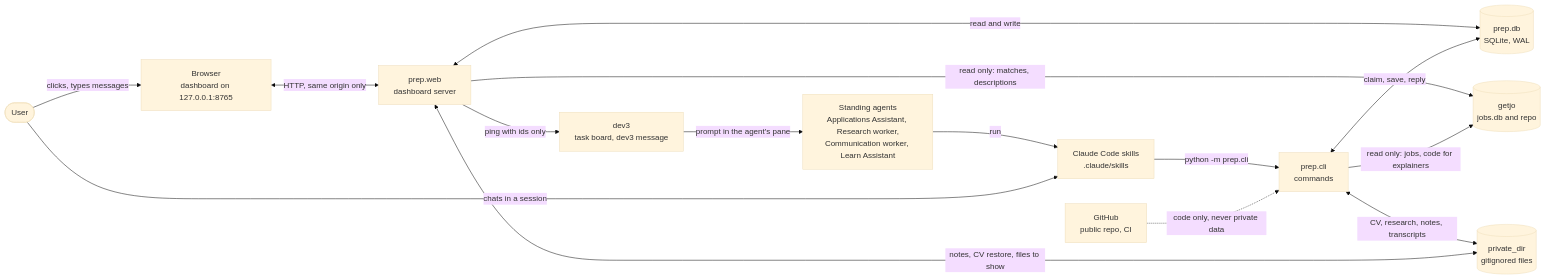
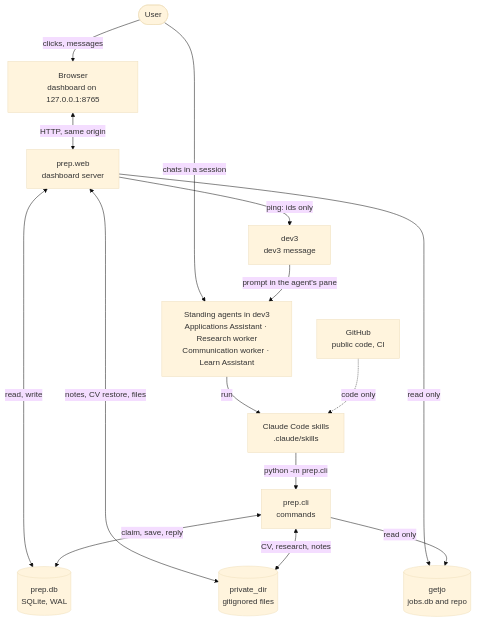
The first of 9 diagrams in docs/how-it-works.md (Pavlana/hirey), drawn with Mermaid (base theme) before and after one commit. The commit also changed other lines of this file, not shown here.

Commit message:
Docs: top-down overview diagrams so they read at GitHub's width

````diff
--- a/docs/how-it-works.md
+++ b/docs/how-it-works.md
@@ -39,29 +39,29 @@
 ```mermaid
-flowchart LR
+flowchart TD
     user(["User"])
     browser["Browser<br/>dashboard on 127.0.0.1:8765"]
     web["prep.web<br/>dashboard server"]
+    dev3["dev3<br/>dev3 message"]
+    agents["Standing agents in dev3<br/>Applications Assistant · Research worker<br/>Communication worker · Learn Assistant"]
+    skills["Claude Code skills<br/>.claude/skills"]
     cli["prep.cli<br/>commands"]
     db[("prep.db<br/>SQLite, WAL")]
     priv[("private_dir<br/>gitignored files")]
     getjo[("getjo<br/>jobs.db and repo")]
-    dev3["dev3<br/>task board, dev3 message"]
-    agents["Standing agents<br/>Applications Assistant, Research worker,<br/>Communication worker, Learn Assistant"]
-    skills["Claude Code skills<br/>.claude/skills"]
-    gh["GitHub<br/>public repo, CI"]
+    gh["GitHub<br/>public code, CI"]
 
-    user -->|"clicks, types messages"| browser
-    browser <-->|"HTTP, same origin only"| web
-    web <-->|"read and write"| db
-    web -->|"read only: matches, descriptions"| getjo
-    web -->|"ping with ids only"| dev3
+    user -->|"clicks, messages"| browser
+    user -->|"chats in a session"| agents
+    browser <-->|"HTTP, same origin"| web
+    web -->|"ping: ids only"| dev3
     dev3 -->|"prompt in the agent's pane"| agents
     agents -->|"run"| skills
     skills -->|"python -m prep.cli"| cli
+    web <-->|"read, write"| db
     cli <-->|"claim, save, reply"| db
-    cli <-->|"CV, research, notes, transcripts"| priv
-    cli -->|"read only: jobs, code for explainers"| getjo
-    web <-->|"notes, CV restore, files to show"| priv
-    user -->|"chats in a session"| skills
-    gh -.->|"code only, never private data"| cli
+    web <-->|"notes, CV restore, files"| priv
+    cli <-->|"CV, research, notes"| priv
+    web -->|"read only"| getjo
+    cli -->|"read only"| getjo
+    gh -.->|"code only"| skills
 ```
````
